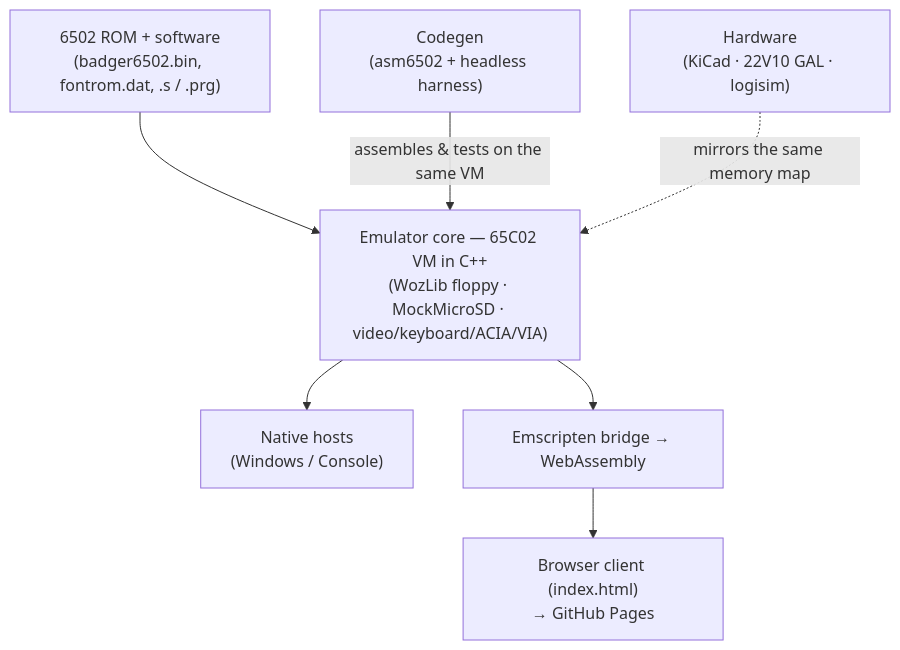
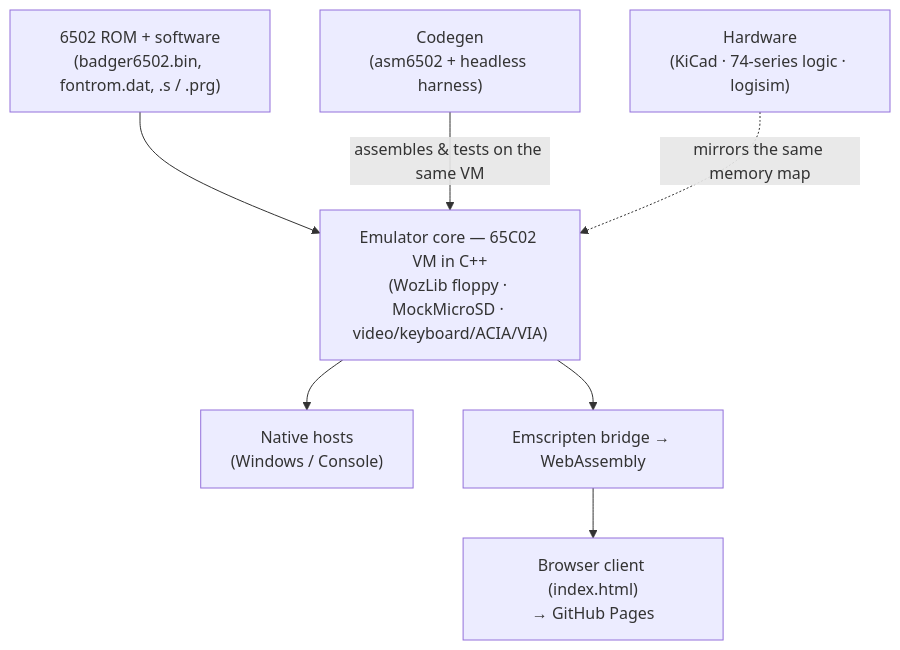
Before and after one commit to ebadger/3ric: the diagram in README.md, drawn with Mermaid. The commit also changed other lines of this file and 9 other files, not shown here.

Commit message:
Describe the final 74-series logic build instead of intermediate GAL designs

````diff
--- a/README.md
+++ b/README.md
@@ -100,16 +100,16 @@
 ```mermaid
 flowchart TD
     ROM["6502 ROM + software<br/>(badger6502.bin, fontrom.dat, .s / .prg)"]
     VM["Emulator core — 65C02 VM in C++<br/>(WozLib floppy · MockMicroSD · video/keyboard/ACIA/VIA)"]
     NATIVE["Native hosts<br/>(Windows / Console)"]
     WASM["Emscripten bridge → WebAssembly"]
     BROWSER["Browser client (index.html)<br/>→ GitHub Pages"]
     CODEGEN["Codegen<br/>(asm6502 + headless harness)"]
-    HW["Hardware<br/>(KiCad · 22V10 GAL · logisim)"]
+    HW["Hardware<br/>(KiCad · 74-series logic · logisim)"]
 
     ROM --> VM
     VM --> NATIVE
     VM --> WASM --> BROWSER
     CODEGEN -->|assembles & tests on the same VM| VM
     HW -. mirrors the same memory map .-> VM
 ```
````
